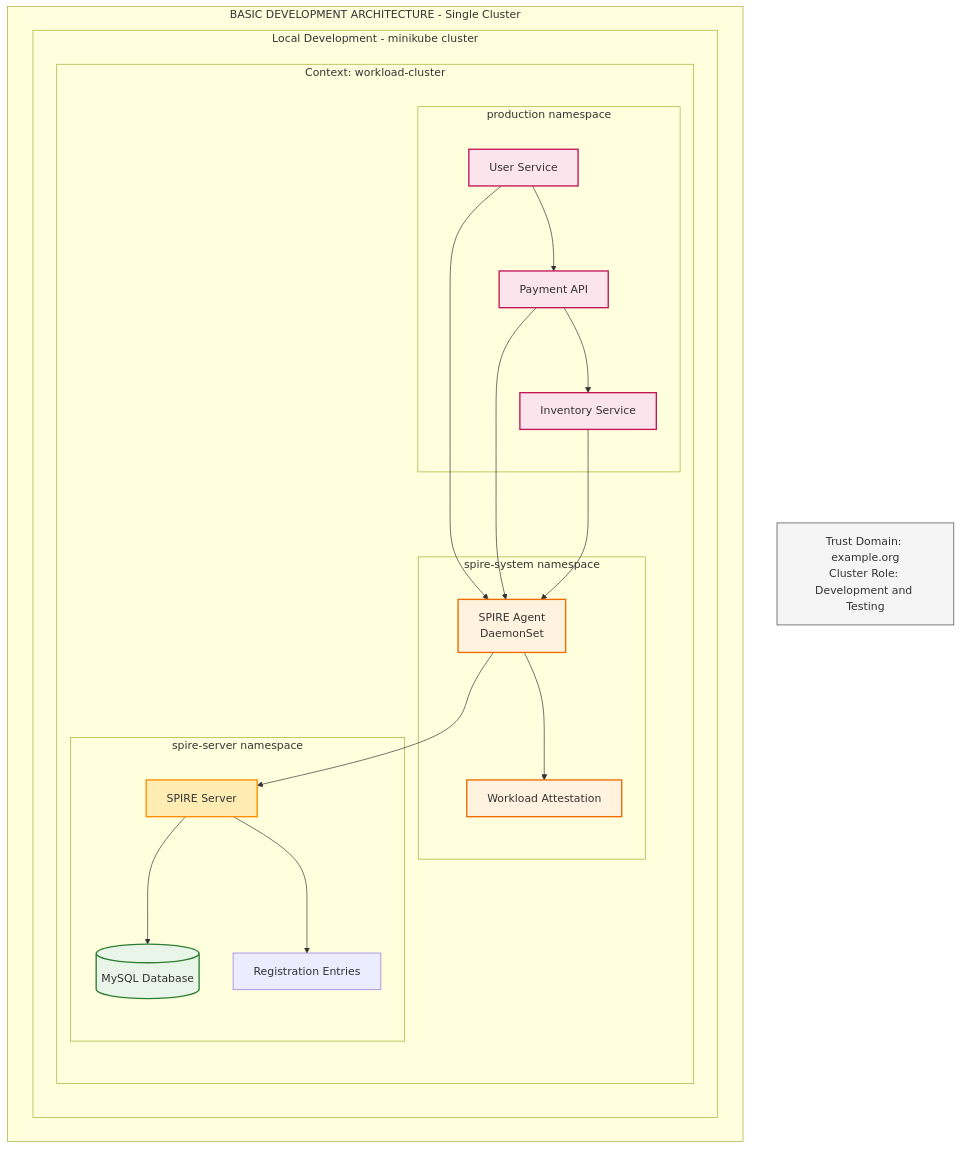
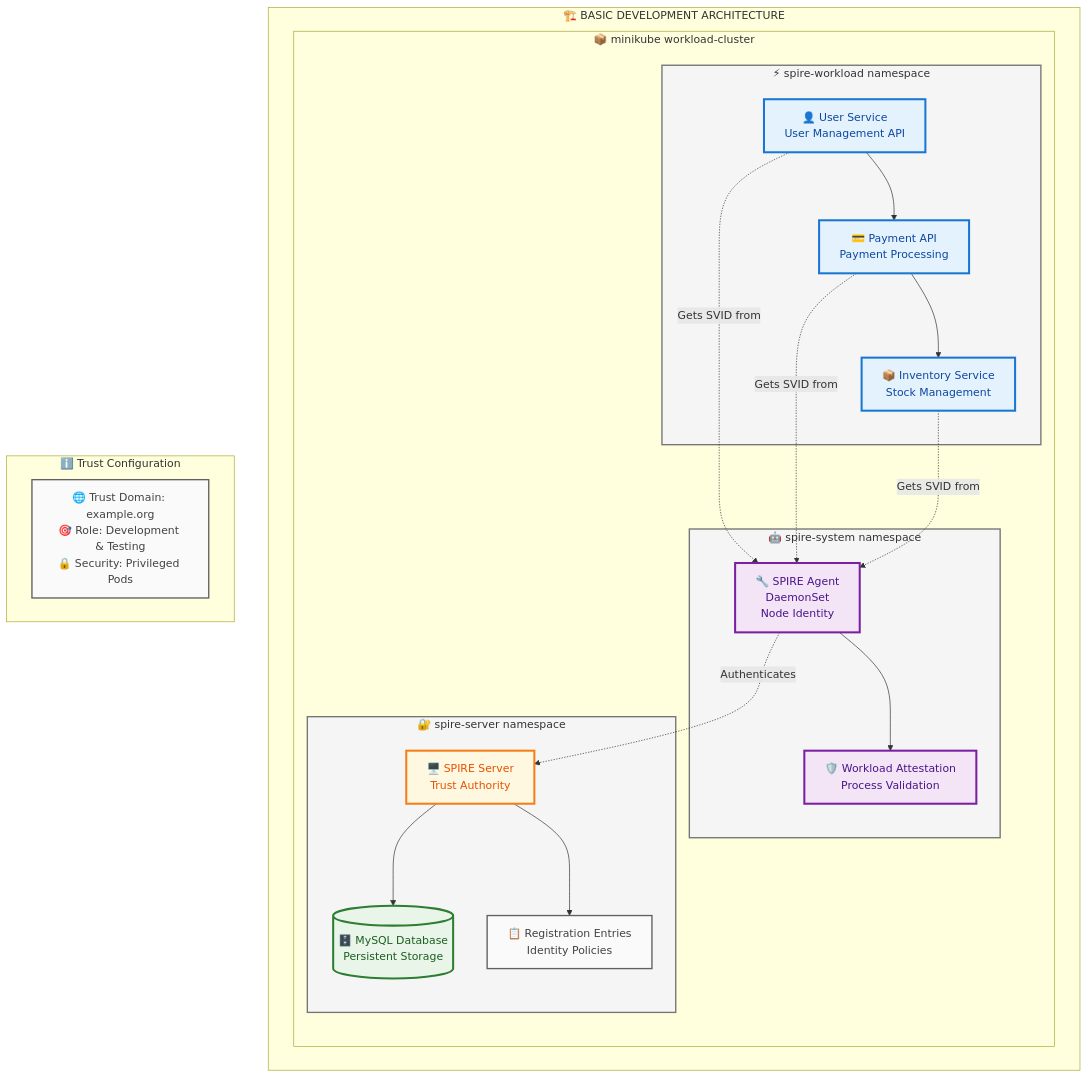
Before and after one commit to jfiser247/spire-dev: the first of 8 diagrams in docs/ARCHITECTURE_DIAGRAMS.md, drawn with Mermaid. The commit also changed other lines of this file, not shown here.

````diff
--- a/docs/ARCHITECTURE_DIAGRAMS.md
+++ b/docs/ARCHITECTURE_DIAGRAMS.md
@@ -9,55 +9,59 @@
 ```mermaid
 graph TB
-    subgraph "BASIC DEVELOPMENT ARCHITECTURE - Single Cluster"
-        subgraph "Local Development - minikube cluster"
-            subgraph "Context: workload-cluster"
-                subgraph "spire-server namespace"
-                    SS[SPIRE Server]
-                    PG[(MySQL Database)]
-                    RE[Registration Entries]
-                    
-                    SS --> PG
-                    SS --> RE
-                end
+    subgraph BASIC["🏗️ BASIC DEVELOPMENT ARCHITECTURE"]
+        subgraph CLUSTER["📦 minikube workload-cluster"]
+            subgraph SERVER_NS["🔐 spire-server namespace"]
+                SS[🖥️ SPIRE Server<br/>Trust Authority]
+                PG[(🗄️ MySQL Database<br/>Persistent Storage)]
+                RE[📋 Registration Entries<br/>Identity Policies]
                 
-                subgraph "spire-system namespace"
-                    SA[SPIRE Agent<br/>DaemonSet]
-                    WA[Workload Attestation]
-                    
-                    SA --> WA
-                end
+                SS --> PG
+                SS --> RE
+            end
+            
+            subgraph SYSTEM_NS["🤖 spire-system namespace"]
+                SA[🔧 SPIRE Agent<br/>DaemonSet<br/>Node Identity]
+                WA[🛡️ Workload Attestation<br/>Process Validation]
                 
-                subgraph "production namespace"
-                    US[User Service]
-                    PA[Payment API]
-                    IS[Inventory Service]
-                    
-                    US --> PA
-                    PA --> IS
-                end
+                SA --> WA
+            end
+            
+            subgraph WORKLOAD_NS["⚡ spire-workload namespace"]
+                US[👤 User Service<br/>User Management API]
+                PA[💳 Payment API<br/>Payment Processing]
+                IS[📦 Inventory Service<br/>Stock Management]
+                
+                US --> PA
+                PA --> IS
             end
         end
     end
     
-    %% Connections
-    SA --> SS
-    US --> SA
-    PA --> SA
-    IS --> SA
+    %% Cross-namespace connections
+    SA -.->|Authenticates| SS
+    US -.->|Gets SVID from| SA
+    PA -.->|Gets SVID from| SA  
+    IS -.->|Gets SVID from| SA
     
-    %% Trust Domain and Role
-    TD["Trust Domain: example.org<br/>Cluster Role: Development and Testing"]
+    %% Trust domain info
+    subgraph INFO["ℹ️ Trust Configuration"]
+        TD[🌐 Trust Domain: example.org<br/>🎯 Role: Development & Testing<br/>🔒 Security: Privileged Pods]
+    end
     
-    %% Styling
-    classDef server fill:#ffecb3,stroke:#ff8f00,stroke-width:2px
-    classDef database fill:#e8f5e8,stroke:#2e7d32,stroke-width:2px
-    classDef agent fill:#fff3e0,stroke:#ef6c00,stroke-width:2px
-    classDef workload fill:#fce4ec,stroke:#c2185b,stroke-width:2px
-    classDef info fill:#f5f5f5,stroke:#424242,stroke-width:1px
+    %% Styling for better visual separation
+    classDef serverStyle fill:#fff8e1,stroke:#f57f17,stroke-width:3px,color:#e65100
+    classDef databaseStyle fill:#e8f5e8,stroke:#2e7d32,stroke-width:3px,color:#1b5e20
+    classDef agentStyle fill:#f3e5f5,stroke:#7b1fa2,stroke-width:3px,color:#4a148c
+    classDef workloadStyle fill:#e3f2fd,stroke:#1976d2,stroke-width:3px,color:#0d47a1
+    classDef infoStyle fill:#fafafa,stroke:#616161,stroke-width:2px,color:#424242
+    classDef namespaceStyle fill:#f5f5f5,stroke:#757575,stroke-width:2px
     
-    class SS server
-    class PG database
-    class SA,WA agent
-    class US,PA,IS workload
-    class TD info
+    class SS serverStyle
+    class PG databaseStyle
+    class SA,WA agentStyle
+    class US,PA,IS workloadStyle
+    class RE,TD infoStyle
+    
+    %% Namespace styling
+    class SERVER_NS,SYSTEM_NS,WORKLOAD_NS namespaceStyle
 ```
````
